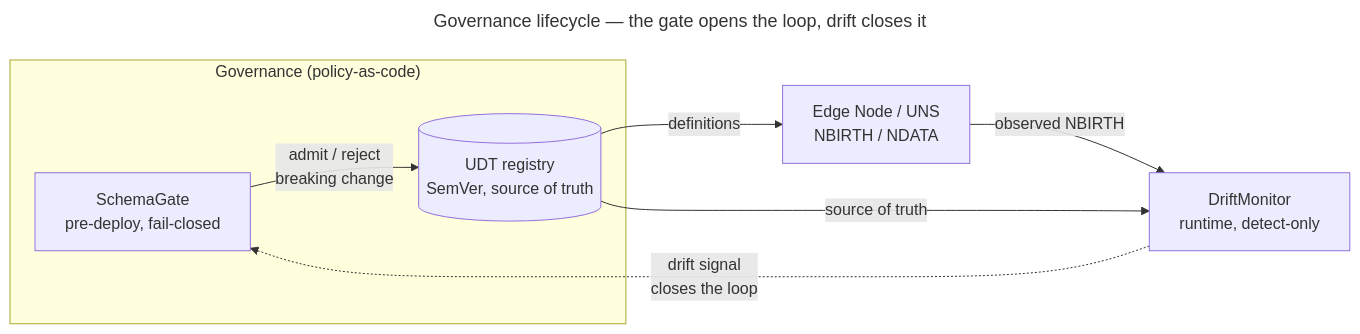
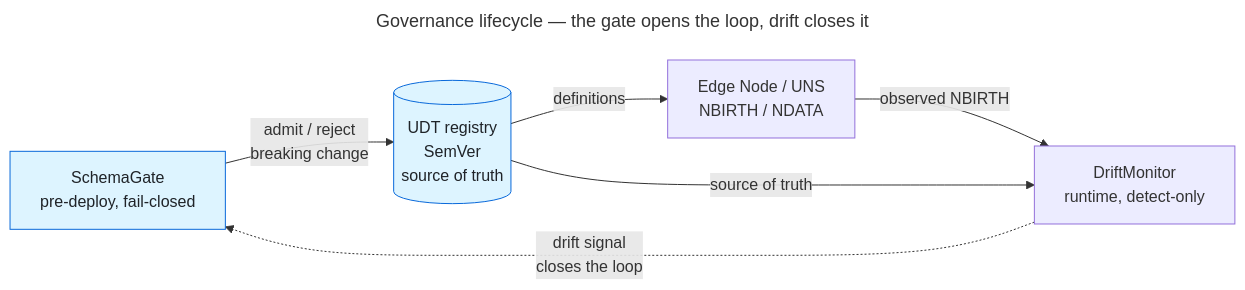
Before and after one commit to LivingLikeKrillin/sparkplug-governance-lab: the diagram in docs/diagrams/src/governance-lifecycle.mmd, drawn with Mermaid. The commit also changed 2 other files, not shown here.

Commit message:
polish(diagrams): tighten hero layout (drop subgraph box, color governance plane)
Visual QA: the Governance subgraph box left dead space. Replace it with a
classDef accent (#ddf4ff/#0969da) on the SchemaGate + UDT-registry nodes so
the policy-as-code plane reads by color, giving a compact 4-node loop. README
mirror updated in lockstep (parity verified).

```diff
--- a/docs/diagrams/src/governance-lifecycle.mmd
+++ b/docs/diagrams/src/governance-lifecycle.mmd
@@ -1,15 +1,15 @@
 ---
 title: "Governance lifecycle — the gate opens the loop, drift closes it"
 ---
 flowchart LR
-    subgraph GOV["Governance (policy-as-code)"]
-        GATE["SchemaGate<br/>pre-deploy, fail-closed"]
-        REG[("UDT registry<br/>SemVer, source of truth")]
-    end
+    GATE["SchemaGate<br/>pre-deploy, fail-closed"]
+    REG[("UDT registry<br/>SemVer<br/>source of truth")]
     EDGE["Edge Node / UNS<br/>NBIRTH / NDATA"]
     DRIFT["DriftMonitor<br/>runtime, detect-only"]
     GATE -->|"admit / reject<br/>breaking change"| REG
     REG -->|"definitions"| EDGE
     EDGE -->|"observed NBIRTH"| DRIFT
     REG -->|"source of truth"| DRIFT
     DRIFT -.->|"drift signal<br/>closes the loop"| GATE
+    classDef gov fill:#ddf4ff,stroke:#0969da,color:#1f2328;
+    class GATE,REG gov;
```
